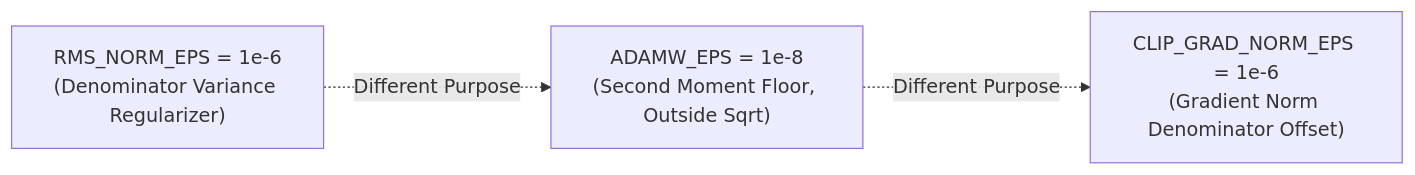
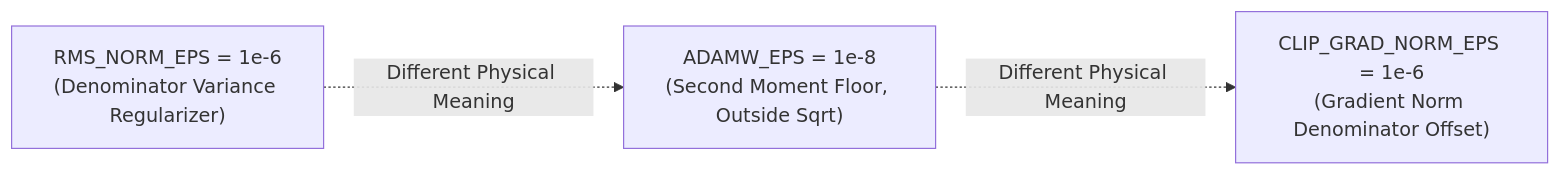
Before and after one commit to bharathvbcr/ojas: the second of 2 diagrams in docs/dtype-policy.md, drawn with Mermaid. The commit also changed other lines of this file and 341 other files, not shown here.

````diff
--- a/docs/dtype-policy.md
+++ b/docs/dtype-policy.md
@@ -65,9 +65,9 @@
 ```mermaid
 flowchart LR
     E1["RMS_NORM_EPS = 1e-6\n(Denominator Variance Regularizer)"]
     E2["ADAMW_EPS = 1e-8\n(Second Moment Floor, Outside Sqrt)"]
     E3["CLIP_GRAD_NORM_EPS = 1e-6\n(Gradient Norm Denominator Offset)"]
 
-    E1 -.->|Different Purpose| E2
-    E2 -.->|Different Purpose| E3
+    E1 -.->|Different Physical Meaning| E2
+    E2 -.->|Different Physical Meaning| E3
 ```
````
